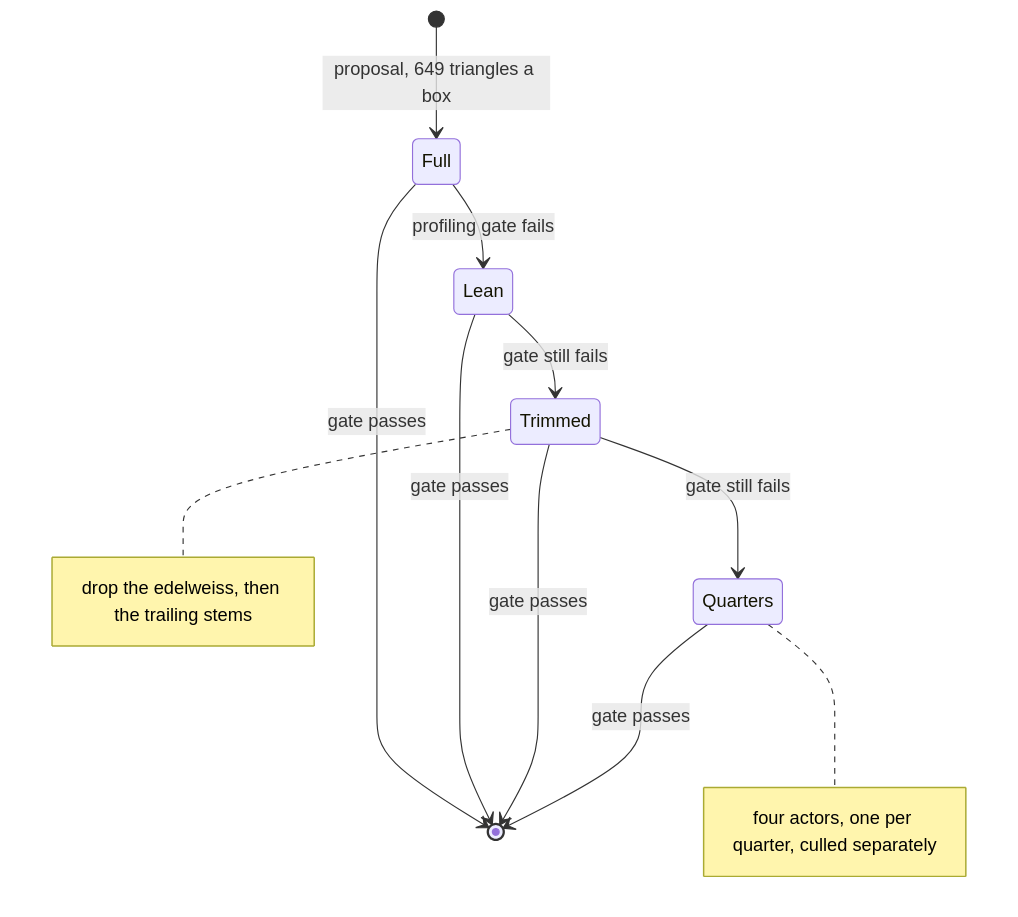
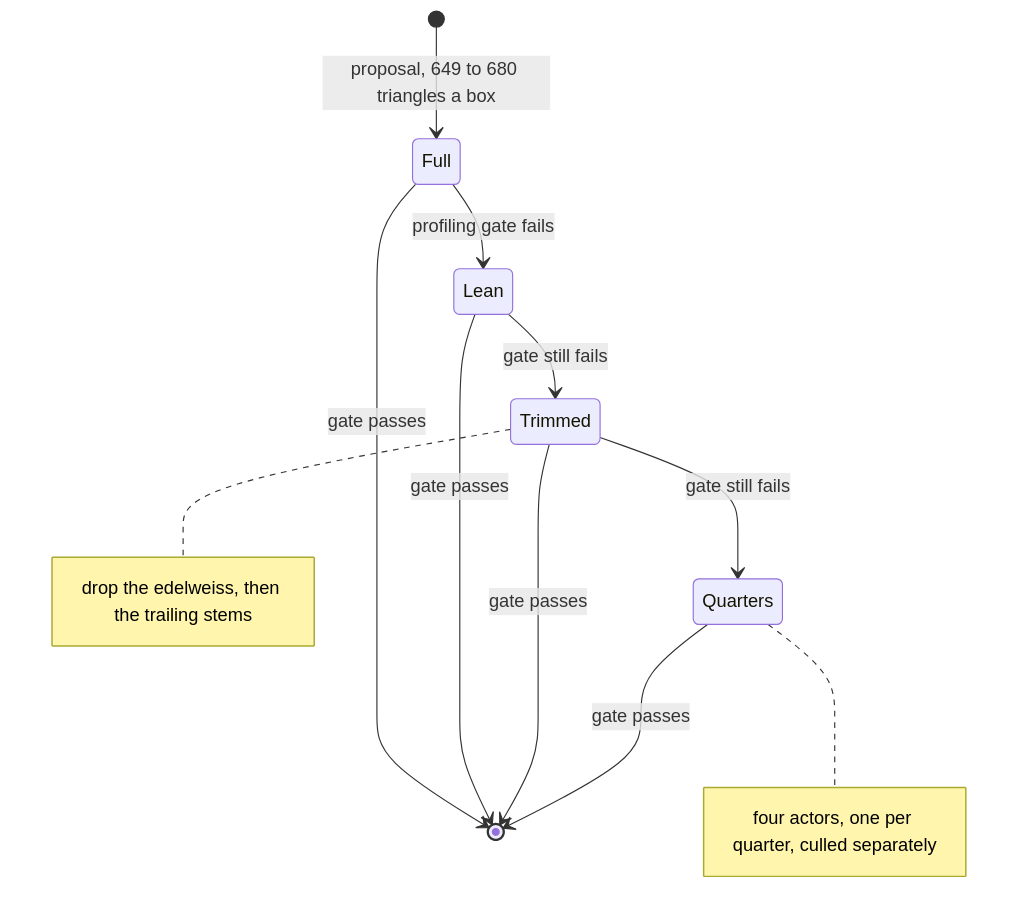
Before and after one commit to wbniv/WorldFoundry: the second of 3 diagrams in docs/plans/2026-11-22-cuckoo-village-flowers.md, drawn with Mermaid. The commit also changed other lines of this file and 9 other files, not shown here.

First line of the commit message:
Flowers: one box in three is a geranium box; plan, renders and render times updated

````diff
--- a/docs/plans/2026-11-22-cuckoo-village-flowers.md
+++ b/docs/plans/2026-11-22-cuckoo-village-flowers.md
@@ -62,13 +62,13 @@
 ```mermaid
 stateDiagram-v2
-    [*] --> Full: proposal, 649 triangles a box
+    [*] --> Full: proposal, 649 to 680 triangles a box
     Full --> Lean: profiling gate fails
     Lean --> Trimmed: gate still fails
     Trimmed --> Quarters: gate still fails
     Full --> [*]: gate passes
     Lean --> [*]: gate passes
     Trimmed --> [*]: gate passes
     Quarters --> [*]: gate passes
     note right of Trimmed: drop the edelweiss, then the trailing stems
     note right of Quarters: four actors, one per quarter, culled separately
 ```
````
